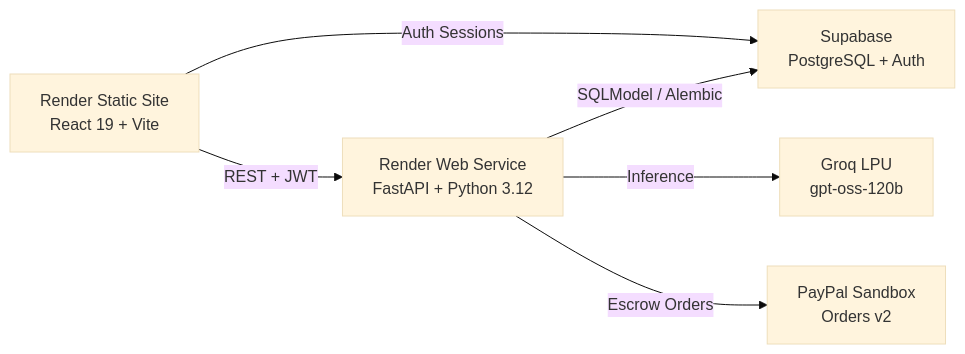
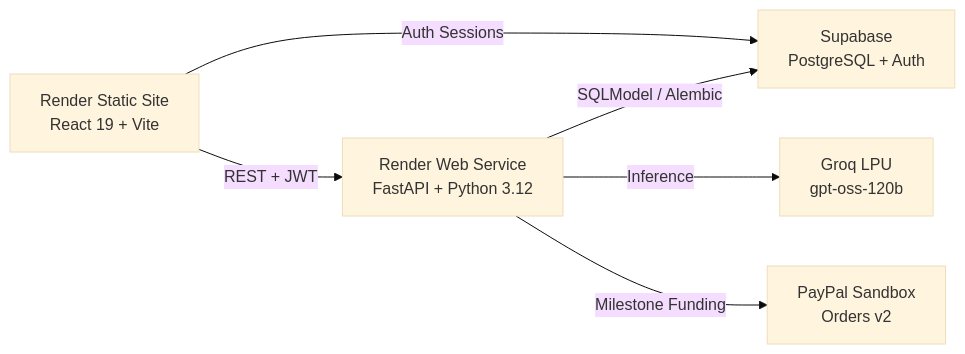
One commit to brianproducedit/trustbroker_ai changed the diagram in RENDER_DEPLOYMENT_GUIDE.md. Above: the diagram before and after it, drawn with Mermaid (base theme). The commit also changed other lines of this file and 44 other files, not shown here.

````diff
--- a/RENDER_DEPLOYMENT_GUIDE.md
+++ b/RENDER_DEPLOYMENT_GUIDE.md
@@ -14,8 +14,8 @@
 ```mermaid
 graph LR
     Frontend["Render Static Site<br/>React 19 + Vite"] -->|"REST + JWT"| Backend["Render Web Service<br/>FastAPI + Python 3.12"]
     Frontend -->|"Auth Sessions"| Supabase["Supabase<br/>PostgreSQL + Auth"]
     Backend -->|"SQLModel / Alembic"| Supabase
     Backend -->|"Inference"| Groq["Groq LPU<br/>gpt-oss-120b"]
-    Backend -->|"Escrow Orders"| PayPal["PayPal Sandbox<br/>Orders v2"]
+    Backend -->|"Milestone Funding"| PayPal["PayPal Sandbox<br/>Orders v2"]
 ```
````
